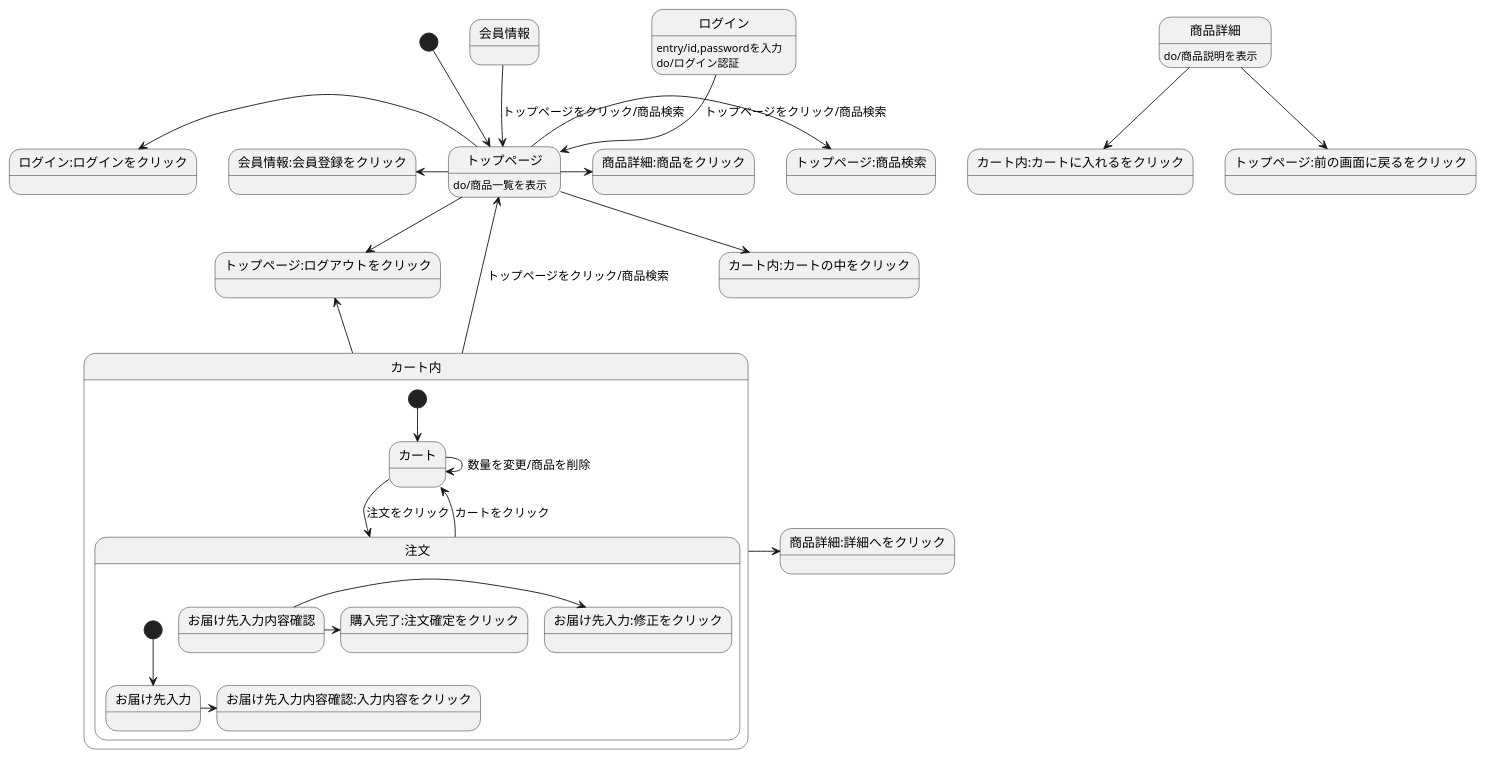
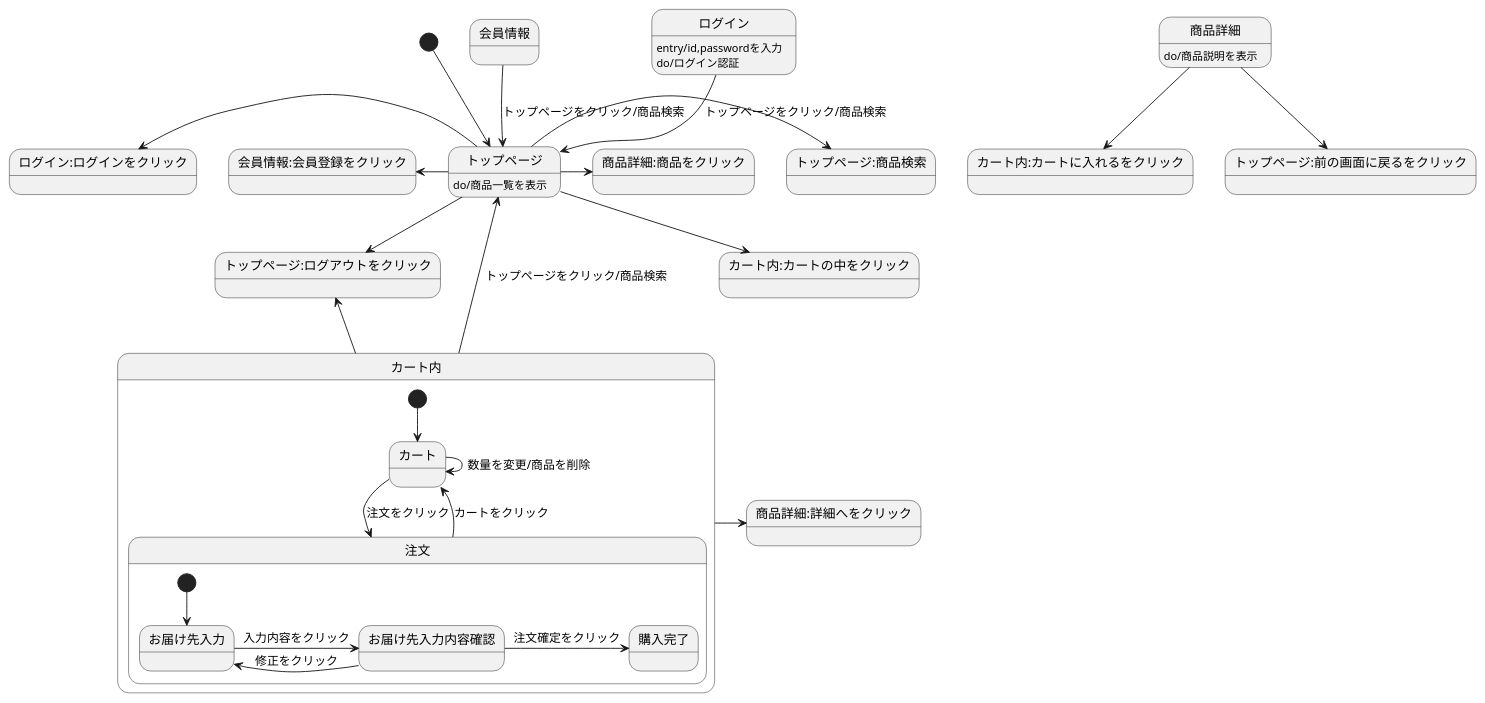
The diagram in samplegamen.md (Aso2101121/2021sys-design), drawn with PlantUML before and after one commit.

````diff
--- a/samplegamen.md
+++ b/samplegamen.md
@@ -1,35 +1,35 @@
 ```uml
 @startuml
 [*] --> トップページ
 会員情報 --> トップページ:トップページをクリック/商品検索
 ログイン --> トップページ:トップページをクリック/商品検索
 ログイン:entry/id,passwordを入力
 ログイン:do/ログイン認証
 トップページ --> トップページ:ログアウトをクリック
 トップページ -> トップページ:商品検索
 トップページ -> 商品詳細:商品をクリック
 トップページ -left->会員情報:会員登録をクリック
 トップページ -left-> ログイン:ログインをクリック
 トップページ --> カート内:カートの中をクリック
 トップページ:do/商品一覧を表示
 商品詳細 --> カート内:カートに入れるをクリック
 商品詳細 --> トップページ:前の画面に戻るをクリック
 商品詳細:do/商品説明を表示
 カート内 -up-> トップページ:トップページをクリック/商品検索
 カート内 -up-> トップページ:ログアウトをクリック
 カート内 -> 商品詳細:詳細へをクリック
 
 state カート内 {
 [*] --> カート
 カート -> 注文 : 注文をクリック
 カート -> カート : 数量を変更/商品を削除
 注文 --> カート : カートをクリック
 state 注文 {
 [*] --> お届け先入力
-お届け先入力 -> お届け先入力内容確認:入力内容をクリック
-お届け先入力内容確認 -> お届け先入力:修正をクリック
-お届け先入力内容確認 -> 購入完了:注文確定をクリック
+お届け先入力 -> お届け先入力内容確認 : 入力内容をクリック
+お届け先入力内容確認 -> お届け先入力 : 修正をクリック
+お届け先入力内容確認 -> 購入完了 : 注文確定をクリック
 }
 }
 @enduml
 ```
````
